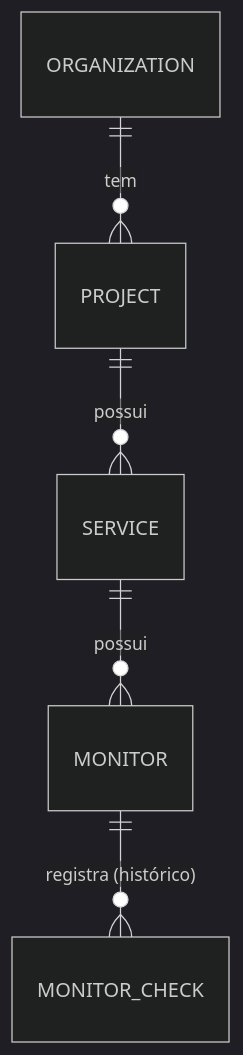
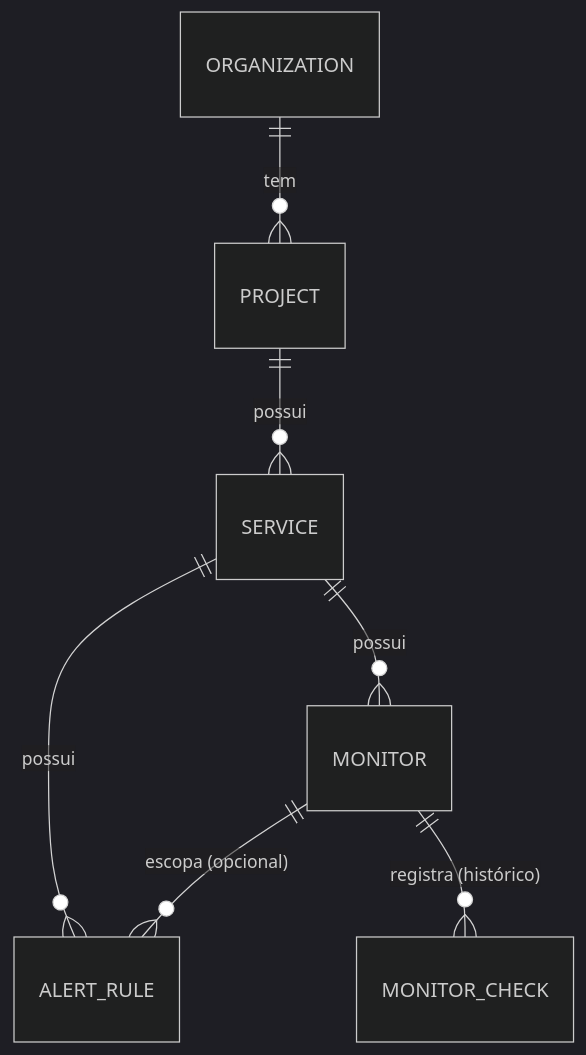
Before and after one commit to diegovieiradv/project-sentinel: the second of 4 diagrams in docs/architecture-foundation.md, drawn with Mermaid (dark theme). The commit also changed other lines of this file and 38 other files, not shown here.

````diff
--- a/docs/architecture-foundation.md
+++ b/docs/architecture-foundation.md
@@ -57,7 +63,9 @@
 ```mermaid
 erDiagram
     ORGANIZATION ||--o{ PROJECT : "tem"
     PROJECT ||--o{ SERVICE : "possui"
     SERVICE ||--o{ MONITOR : "possui"
+    SERVICE ||--o{ ALERT_RULE : "possui"
+    MONITOR ||--o{ ALERT_RULE : "escopa (opcional)"
     MONITOR ||--o{ MONITOR_CHECK : "registra (histórico)"
 ```
````
